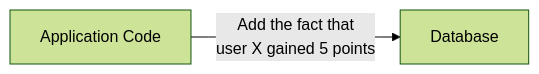
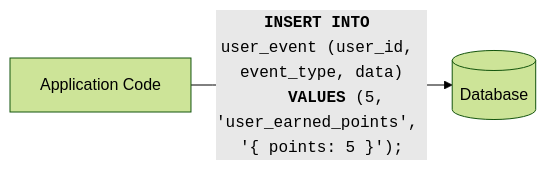
One commit to outsidenote/eventualize changed the third of 6 diagrams in docs/README.md. Above: the diagram before and after it, drawn with Mermaid (forest theme). The commit also changed other lines of this file, not shown here.

````diff
--- a/docs/README.md
+++ b/docs/README.md
@@ -28,4 +40,5 @@
 ```mermaid
 flowchart LR;
-    U[Application Code]-->|Add the fact that<br>user X gained 5 points| D[Database];
+    U[Application Code]-->|"<code><b>INSERT INTO</b> user_event (user_id, event_type, data)
+    <b>VALUES</b> (5, 'user_earned_points', '{ points: 5 }');</code>"| D[(Database)];
 ```
````
